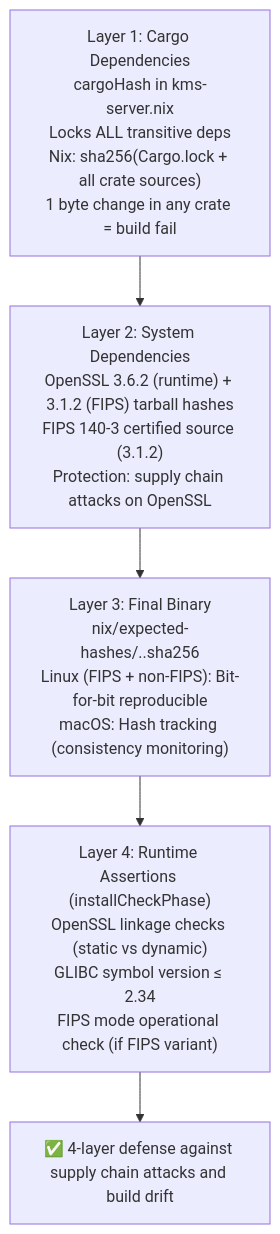
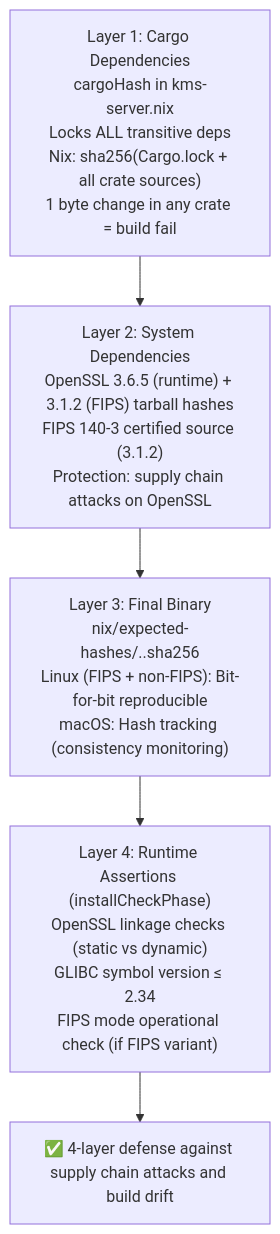
One commit to Cosmian/kms changed the fourth of 11 diagrams in nix/README.md. Above: the diagram before and after it, drawn with Mermaid. The commit also changed other lines of this file and 45 other files, not shown here.

First line of the commit message:
fix(build): bump statically linked OpenSSL to 3.6.5

````diff
--- a/nix/README.md
+++ b/nix/README.md
@@ -342,9 +342,9 @@
 ```mermaid
 flowchart TB
     l1["Layer 1: Cargo Dependencies<br/>cargoHash in kms-server.nix<br/>Locks ALL transitive deps<br/>Nix: sha256(Cargo.lock + all crate sources)<br/>1 byte change in any crate = build fail"]
-    l2["Layer 2: System Dependencies<br/>OpenSSL 3.6.2 (runtime) + 3.1.2 (FIPS) tarball hashes<br/>FIPS 140-3 certified source (3.1.2)<br/>Protection: supply chain attacks on OpenSSL"]
+    l2["Layer 2: System Dependencies<br/>OpenSSL 3.6.5 (runtime) + 3.1.2 (FIPS) tarball hashes<br/>FIPS 140-3 certified source (3.1.2)<br/>Protection: supply chain attacks on OpenSSL"]
     l3["Layer 3: Final Binary<br/>nix/expected-hashes/<variant>.<platform>.sha256<br/>Linux (FIPS + non-FIPS): Bit-for-bit reproducible<br/>macOS: Hash tracking (consistency monitoring)"]
     l4["Layer 4: Runtime Assertions (installCheckPhase)<br/>OpenSSL linkage checks (static vs dynamic)<br/>GLIBC symbol version ≤ 2.34<br/>FIPS mode operational check (if FIPS variant)"]
     result["✅ 4-layer defense against supply chain attacks and build drift"]
     l1 --> l2 --> l3 --> l4 --> result
 ```
````
